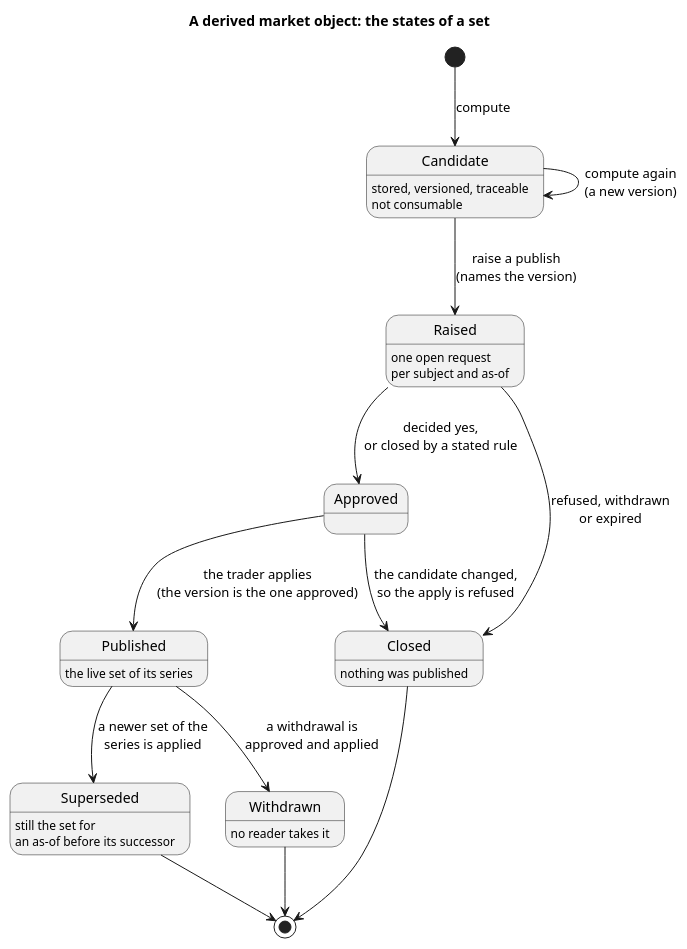
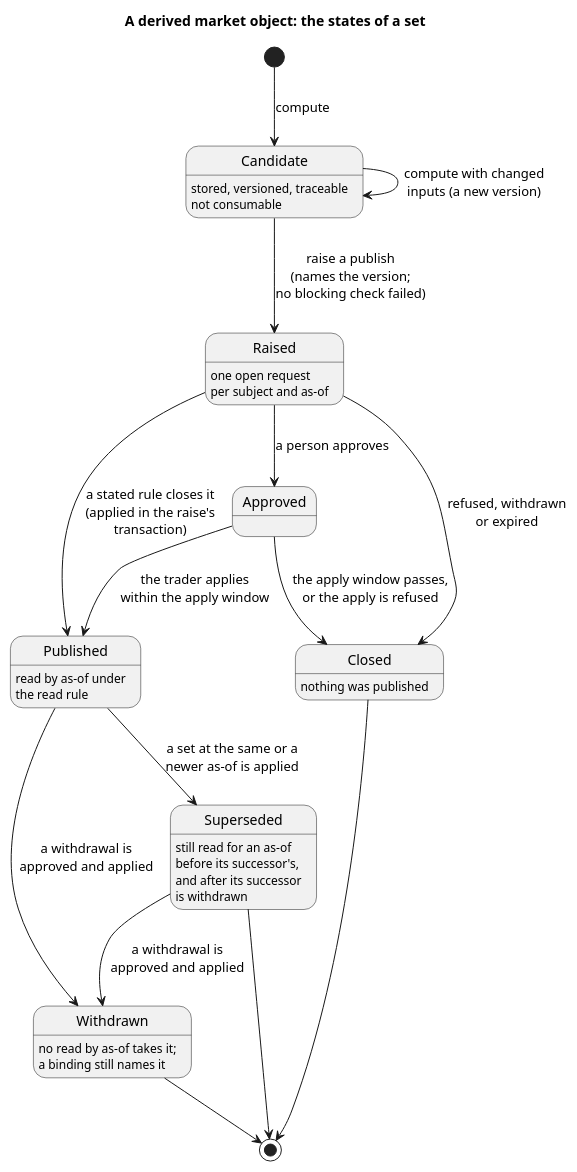
The diagram in doc/knowledge/architecture/publish_lifecycle_states.puml (OreStudio/OreStudio), drawn with PlantUML before and after one commit. The commit also changed 18 other files, not shown here.

```diff
--- a/doc/knowledge/architecture/publish_lifecycle_states.puml
+++ b/doc/knowledge/architecture/publish_lifecycle_states.puml
@@ -18,26 +18,28 @@
 @startuml
 
 title A derived market object: the states of a set
 
 [*] --> Candidate : compute
-Candidate --> Candidate : compute again\n(a new version)
-Candidate --> Raised : raise a publish\n(names the version)
-Raised --> Approved : decided yes,\nor closed by a stated rule
+Candidate --> Candidate : compute with changed\ninputs (a new version)
+Candidate --> Raised : raise a publish\n(names the version;\nno blocking check failed)
+Raised --> Published : a stated rule closes it\n(applied in the raise's\ntransaction)
+Raised --> Approved : a person approves
 Raised --> Closed : refused, withdrawn\nor expired
-Approved --> Published : the trader applies\n(the version is the one approved)
-Approved --> Closed : the candidate changed,\nso the apply is refused
-Published --> Superseded : a newer set of the\nseries is applied
+Approved --> Published : the trader applies\nwithin the apply window
+Approved --> Closed : the apply window passes,\nor the apply is refused
+Published --> Superseded : a set at the same or a\nnewer as-of is applied
 Published --> Withdrawn : a withdrawal is\napproved and applied
+Superseded --> Withdrawn : a withdrawal is\napproved and applied
 Superseded --> [*]
 Withdrawn --> [*]
 Closed --> [*]
 
 Candidate : stored, versioned, traceable
 Candidate : not consumable
 Raised : one open request\nper subject and as-of
-Published : the live set of its series
-Superseded : still the set for\nan as-of before its successor
-Withdrawn : no reader takes it
+Published : read by as-of under\nthe read rule
+Superseded : still read for an as-of\nbefore its successor's,\nand after its successor\nis withdrawn
+Withdrawn : no read by as-of takes it;\na binding still names it
 Closed : nothing was published
 
 @enduml
```
